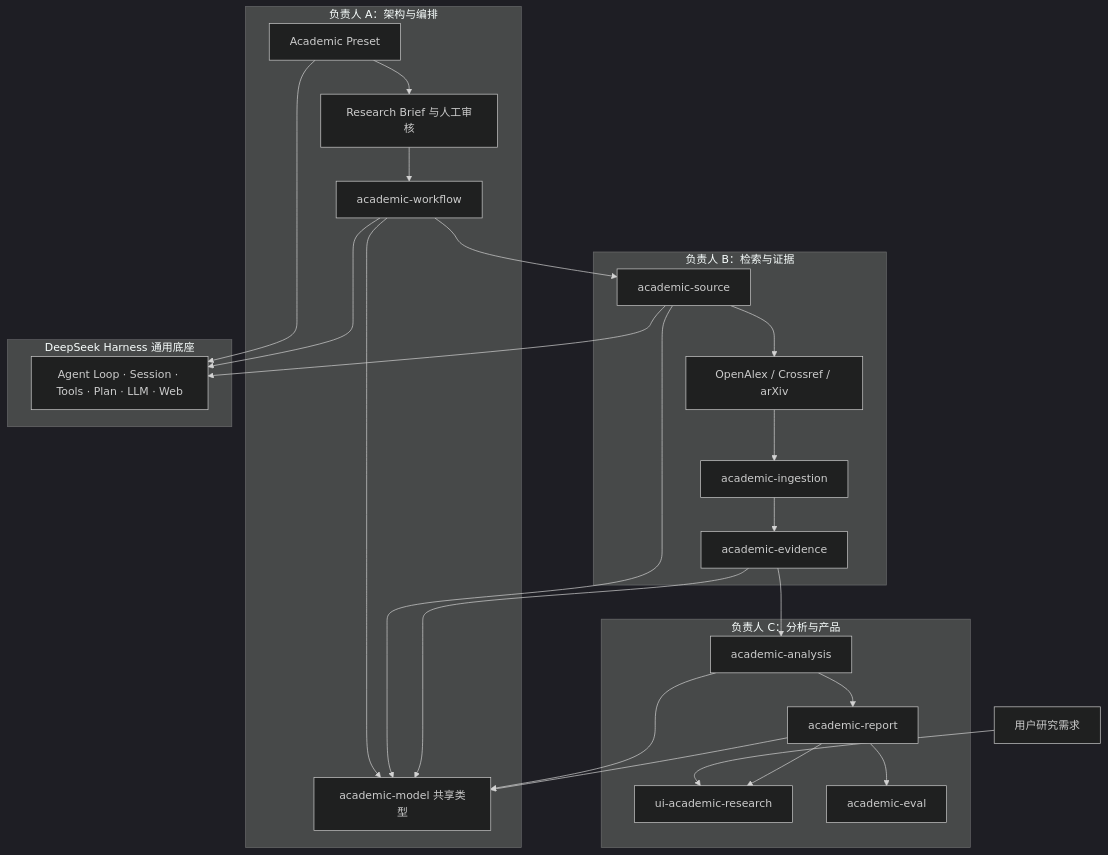
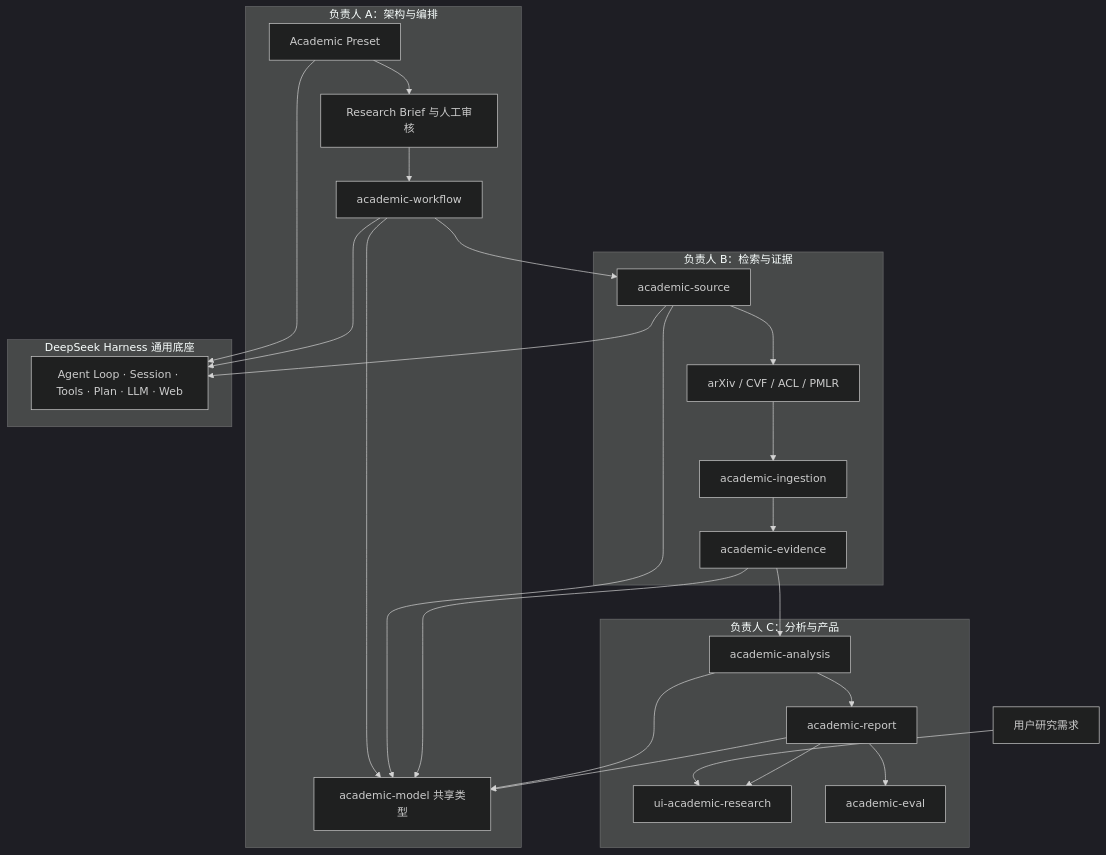
Before and after one commit to ZhouZhixian2021/insight-agent: the diagram in z-team_docs/模块分工/academic-module-ownership.md, drawn with Mermaid (dark theme). The commit also changed other lines of this file and 62 other files, not shown here.

Commit message:
refactor(academic): remove metadata-only source providers

````diff
--- a/z-team_docs/模块分工/academic-module-ownership.md
+++ b/z-team_docs/模块分工/academic-module-ownership.md
@@ -11,32 +11,32 @@
 ```mermaid
 flowchart TB
     USER["用户研究需求"] --> UI
     subgraph A["负责人 A：架构与编排"]
         PRESET["Academic Preset"] --> BRIEF["Research Brief 与人工审核"]
         BRIEF --> WORKFLOW["academic-workflow"]
         MODEL["academic-model 共享类型"]
     end
     subgraph B["负责人 B：检索与证据"]
-        SOURCE["academic-source"] --> PROVIDERS["OpenAlex / Crossref / arXiv"]
+        SOURCE["academic-source"] --> PROVIDERS["arXiv / CVF / ACL / PMLR"]
         PROVIDERS --> INGEST["academic-ingestion"] --> EVIDENCE["academic-evidence"]
     end
     subgraph C["负责人 C：分析与产品"]
         ANALYSIS["academic-analysis"] --> REPORT["academic-report"]
         REPORT --> QA["academic-eval"]
         UI["ui-academic-research"]
     end
     subgraph DSH["DeepSeek Harness 通用底座"]
         PLATFORM["Agent Loop · Session · Tools · Plan · LLM · Web"]
     end
     WORKFLOW --> SOURCE
     EVIDENCE --> ANALYSIS
     REPORT --> UI
     WORKFLOW --> MODEL
     SOURCE --> MODEL
     EVIDENCE --> MODEL
     ANALYSIS --> MODEL
     REPORT --> MODEL
     PRESET --> PLATFORM
     WORKFLOW --> PLATFORM
     SOURCE --> PLATFORM
 ```
````
